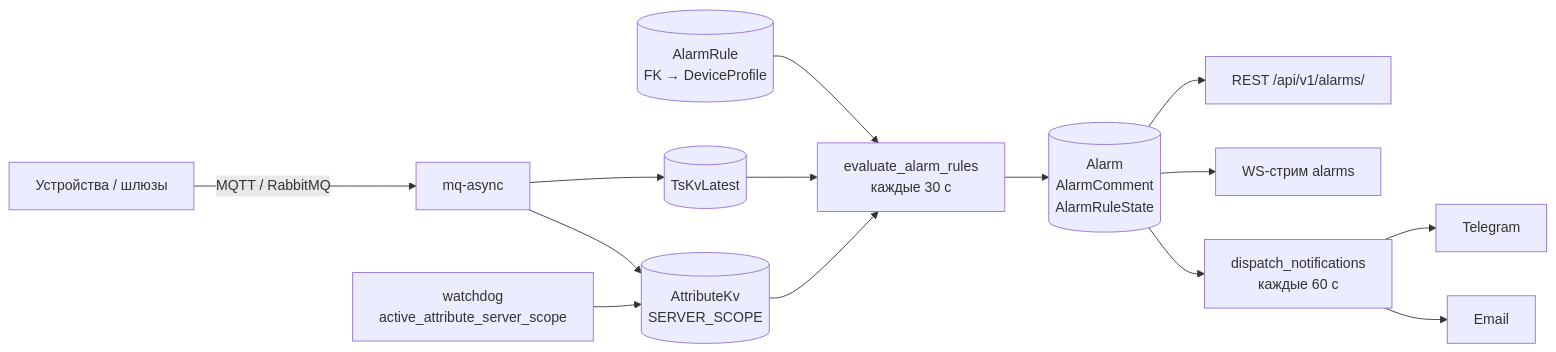
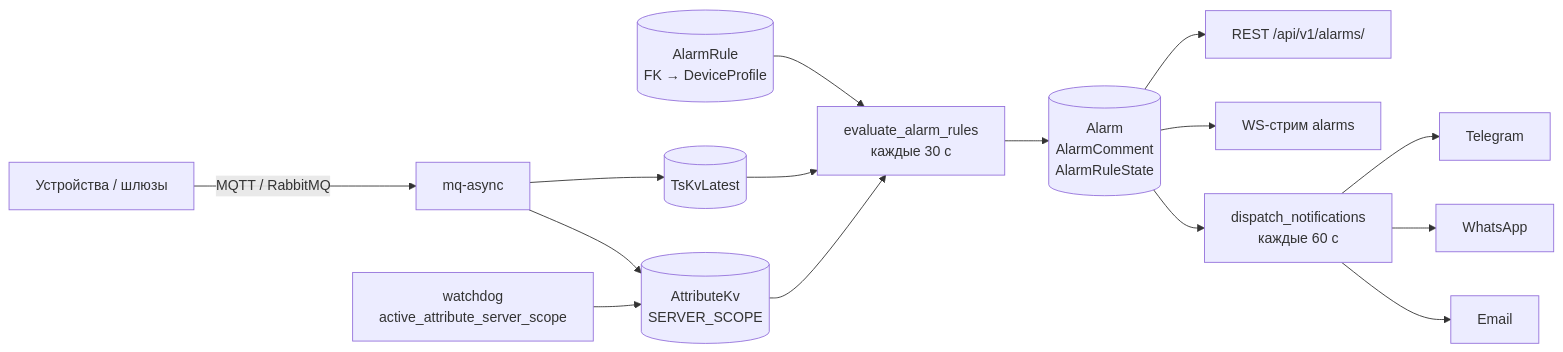
One commit to bt-roomio/GRMS changed the first of 2 diagrams in docs/alarms.md. Above: the diagram before and after it, drawn with Mermaid. The commit also changed other lines of this file and 24 other files, not shown here.

First line of the commit message:
feat(alarms): add WhatsApp notification channel

````diff
--- a/docs/alarms.md
+++ b/docs/alarms.md
@@ -47,15 +47,16 @@
 ```mermaid
 flowchart LR
     DEV[Устройства / шлюзы] -->|MQTT / RabbitMQ| MQ[mq-async]
     MQ --> LATEST[(TsKvLatest)]
     MQ --> ATTR[(AttributeKv<br/>SERVER_SCOPE)]
     WD[watchdog<br/>active_attribute_server_scope] --> ATTR
     RULES[(AlarmRule<br/>FK → DeviceProfile)] --> EVAL
     LATEST --> EVAL[evaluate_alarm_rules<br/>каждые 30 с]
     ATTR --> EVAL
     EVAL --> ALARM[(Alarm<br/>AlarmComment<br/>AlarmRuleState)]
     ALARM --> REST[REST /api/v1/alarms/]
     ALARM --> WS[WS-стрим alarms]
     ALARM --> DISP[dispatch_notifications<br/>каждые 60 с] --> TG[Telegram]
+    DISP --> WA[WhatsApp]
     DISP --> MAIL[Email]
 ```
````
